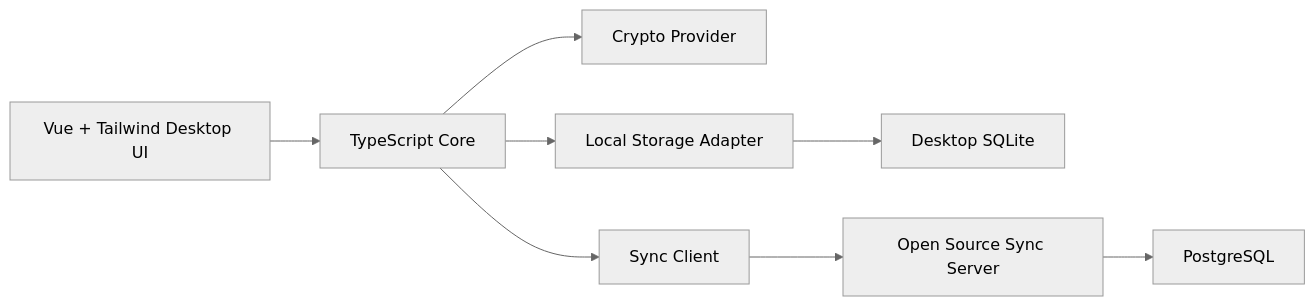
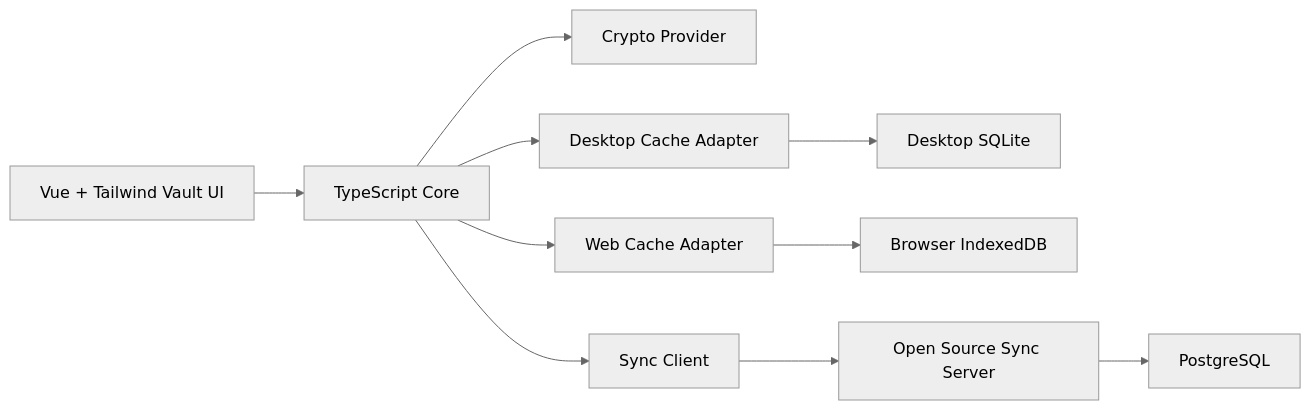
The diagram in docs/architecture.md (ftyszyx/lockpass-next), drawn with Mermaid (neutral theme) before and after one commit. The commit also changed other lines of this file and 113 other files, not shown here.

````diff
--- a/docs/architecture.md
+++ b/docs/architecture.md
@@ -7,10 +7,12 @@
 ```mermaid
 flowchart LR
-  UI["Vue + Tailwind Desktop UI"] --> Core["TypeScript Core"]
+  UI["Vue + Tailwind Vault UI"] --> Core["TypeScript Core"]
   Core --> Crypto["Crypto Provider"]
-  Core --> LocalStore["Local Storage Adapter"]
+  Core --> LocalStore["Desktop Cache Adapter"]
+  Core --> WebStore["Web Cache Adapter"]
   Core --> SyncClient["Sync Client"]
   LocalStore --> SQLite["Desktop SQLite"]
+  WebStore --> IndexedDB["Browser IndexedDB"]
   SyncClient --> API["Open Source Sync Server"]
   API --> Postgres["PostgreSQL"]
 ```
````
